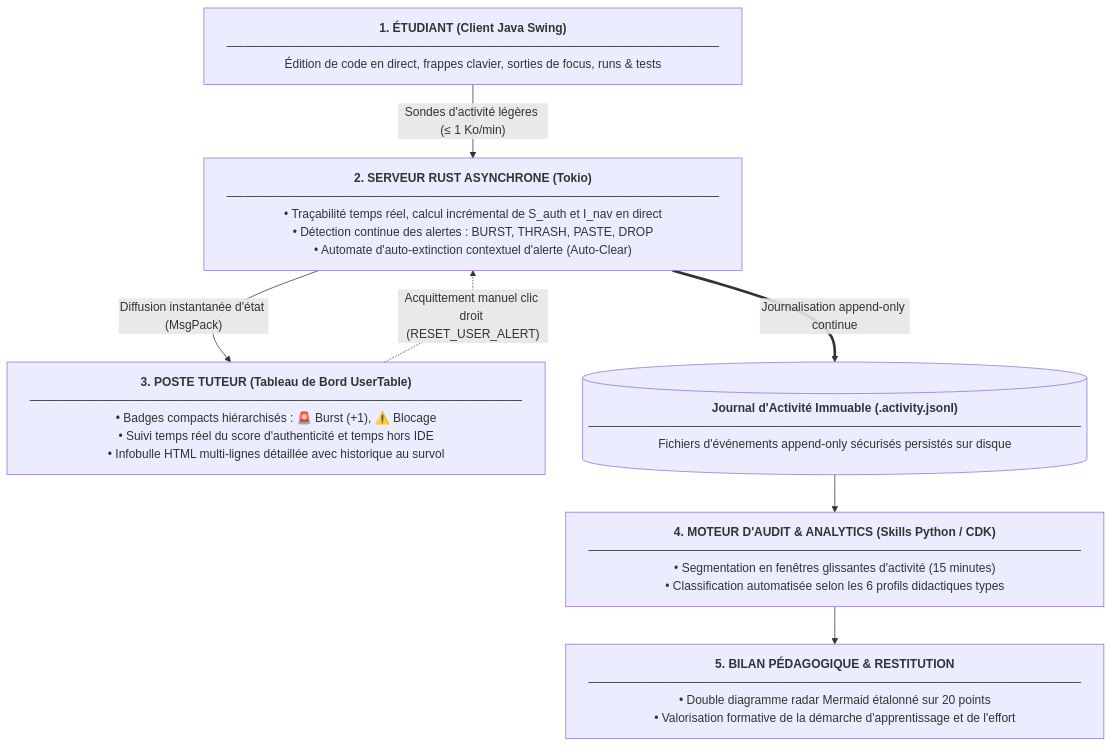
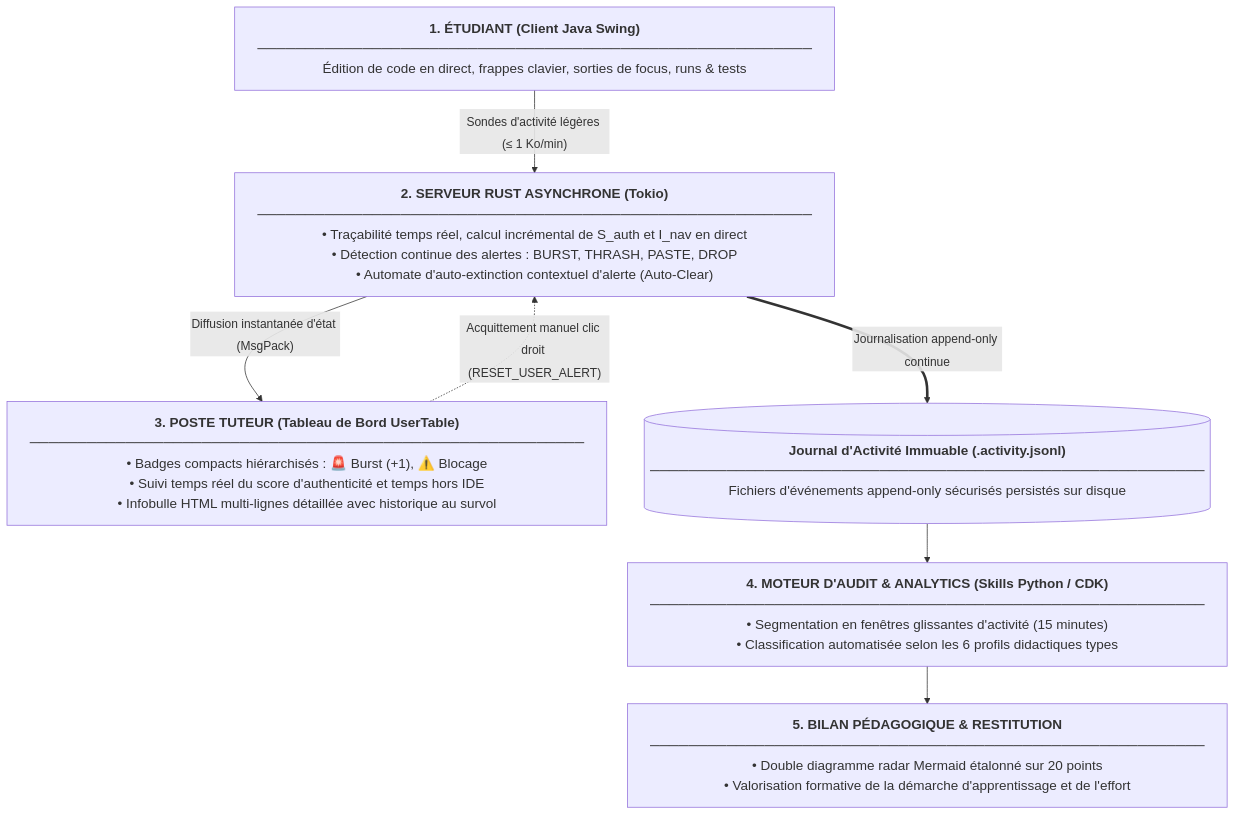
One commit to jlehuen/CodeLab changed the second of 2 diagrams in mkdocs/doc-fr/docs/telemetrie.md. Above: the diagram before and after it, drawn with Mermaid. The commit also changed other lines of this file and 1 other file, not shown here.

Commit message:
docs(telemetrie): ajustement des tailles de police (synthetique plus compact, fonctionnelle plus grande)

````diff
--- a/mkdocs/doc-fr/docs/telemetrie.md
+++ b/mkdocs/doc-fr/docs/telemetrie.md
@@ -34,16 +37,16 @@
 ```mermaid
-%%{init: {'themeVariables': { 'fontSize': '16px' }}}%%
+%%{init: {'themeVariables': { 'fontSize': '20px' }}}%%
 flowchart TD
-    classDef default font-size:16px;
+    classDef default font-size:18px;
 
-    E["<span style='font-size:18px'><b>1. ÉTUDIANT (Client Java Swing)</b></span><br/>──────────────────────────────────────────────────────────<br/>Édition de code en direct, frappes clavier, sorties de focus, runs &amp; tests"]
-    -->|"Sondes d'activité légères (≤ 1 Ko/min)"| S["<span style='font-size:18px'><b>2. SERVEUR RUST ASYNCHRONE (Tokio)</b></span><br/>──────────────────────────────────────────────────────────<br/>• Traçabilité temps réel, calcul incrémental de S_auth et I_nav en direct<br/>• Détection continue des alertes : BURST, THRASH, PASTE, DROP<br/>• Automate d'auto-extinction contextuel d'alerte (Auto-Clear)"]
+    E["<span style='font-size:22px'><b>1. ÉTUDIANT (Client Java Swing)</b></span><br/>──────────────────────────────────────────────────────────<br/><span style='font-size:18px'>Édition de code en direct, frappes clavier, sorties de focus, runs &amp; tests</span>"]
+    -->|"<span style='font-size:16px'>Sondes d'activité légères (≤ 1 Ko/min)</span>"| S["<span style='font-size:22px'><b>2. SERVEUR RUST ASYNCHRONE (Tokio)</b></span><br/>──────────────────────────────────────────────────────────<br/><span style='font-size:18px'>• Traçabilité temps réel, calcul incrémental de S_auth et I_nav en direct<br/>• Détection continue des alertes : BURST, THRASH, PASTE, DROP<br/>• Automate d'auto-extinction contextuel d'alerte (Auto-Clear)</span>"]
 
-    S -->|"Diffusion instantanée d'état (MsgPack)"| T["<span style='font-size:18px'><b>3. POSTE TUTEUR (Tableau de Bord UserTable)</b></span><br/>──────────────────────────────────────────────────────────<br/>• Badges compacts hiérarchisés : 🚨 Burst (+1), ⚠️ Blocage<br/>• Suivi temps réel du score d'authenticité et temps hors IDE<br/>• Infobulle HTML multi-lignes détaillée avec historique au survol"]
-    T -.->|"Acquittement manuel clic droit (RESET_USER_ALERT)"| S
+    S -->|"<span style='font-size:16px'>Diffusion instantanée d'état (MsgPack)</span>"| T["<span style='font-size:22px'><b>3. POSTE TUTEUR (Tableau de Bord UserTable)</b></span><br/>──────────────────────────────────────────────────────────<br/><span style='font-size:18px'>• Badges compacts hiérarchisés : 🚨 Burst (+1), ⚠️ Blocage<br/>• Suivi temps réel du score d'authenticité et temps hors IDE<br/>• Infobulle HTML multi-lignes détaillée avec historique au survol</span>"]
+    T -.->|"<span style='font-size:16px'>Acquittement manuel clic droit (RESET_USER_ALERT)</span>"| S
 
-    S ==>|"Journalisation append-only continue"| J[("<b>Journal d'Activité Immuable (.activity.jsonl)</b><br/>──────────────────────────────────────────────────────────<br/>Fichiers d'événements append-only sécurisés persistés sur disque")]
+    S ==>|"<span style='font-size:16px'>Journalisation append-only continue</span>"| J[("<span style='font-size:22px'><b>Journal d'Activité Immuable (.activity.jsonl)</b></span><br/>──────────────────────────────────────────────────────────<br/><span style='font-size:18px'>Fichiers d'événements append-only sécurisés persistés sur disque</span>")]
 
-    J --> A["<span style='font-size:18px'><b>4. MOTEUR D'AUDIT &amp; ANALYTICS (Skills Python / CDK)</b></span><br/>──────────────────────────────────────────────────────────<br/>• Segmentation en fenêtres glissantes d'activité (15 minutes)<br/>• Classification automatisée selon les 6 profils didactiques types"]
-    A --> R["<span style='font-size:18px'><b>5. BILAN PÉDAGOGIQUE &amp; RESTITUTION</b></span><br/>──────────────────────────────────────────────────────────<br/>• Double diagramme radar Mermaid étalonné sur 20 points<br/>• Valorisation formative de la démarche d'apprentissage et de l'effort"]
+    J --> A["<span style='font-size:22px'><b>4. MOTEUR D'AUDIT &amp; ANALYTICS (Skills Python / CDK)</b></span><br/>──────────────────────────────────────────────────────────<br/><span style='font-size:18px'>• Segmentation en fenêtres glissantes d'activité (15 minutes)<br/>• Classification automatisée selon les 6 profils didactiques types</span>"]
+    A --> R["<span style='font-size:22px'><b>5. BILAN PÉDAGOGIQUE &amp; RESTITUTION</b></span><br/>──────────────────────────────────────────────────────────<br/><span style='font-size:18px'>• Double diagramme radar Mermaid étalonné sur 20 points<br/>• Valorisation formative de la démarche d'apprentissage et de l'effort</span>"]
 ```
````
